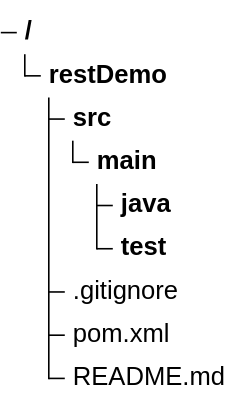
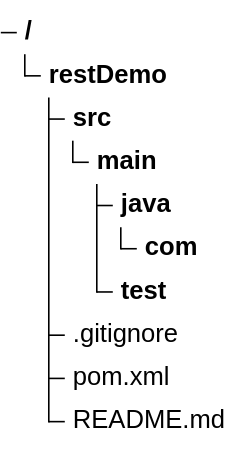
One commit to chanduujjina/Spring_Boot_Rest_AI changed the diagram in Read.md. Above: the diagram before and after it, drawn with Mermaid (neutral theme).

````diff
--- a/Read.md
+++ b/Read.md
@@ -1,11 +1,12 @@
 ```mermaid
 treeView-beta
             restDemo/
                      src/
                          main/
                               java/
+                                   com/
                               test/
                 .gitignore
                 pom.xml
                 README.md
 ```
````
